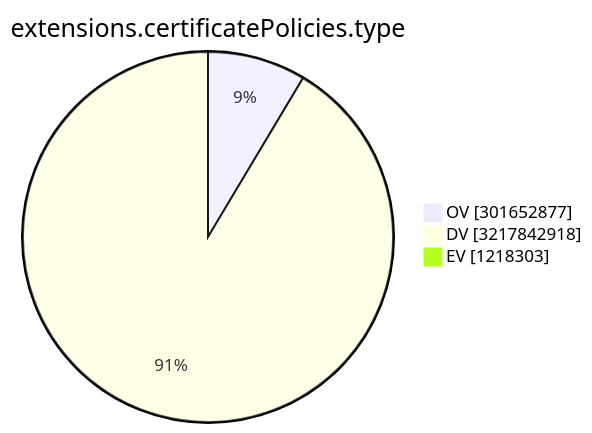
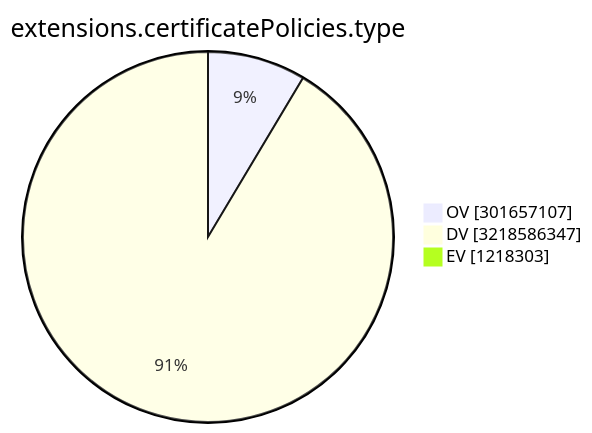
Before and after one commit to christiankrug/ctmonitor_visualization: the ninth of 15 diagrams in TOTAL/README.md, drawn with Mermaid. The commit also changed other lines of this file, not shown here.

````diff
--- a/TOTAL/README.md
+++ b/TOTAL/README.md
@@ -3106,7 +3106,7 @@
 ```mermaid
 pie showData
 title extensions.certificatePolicies.type
-"OV" :301652877
-"DV" :3217842918
+"OV" :301657107
+"DV" :3218586347
 "EV" :1218303
 ```
````
